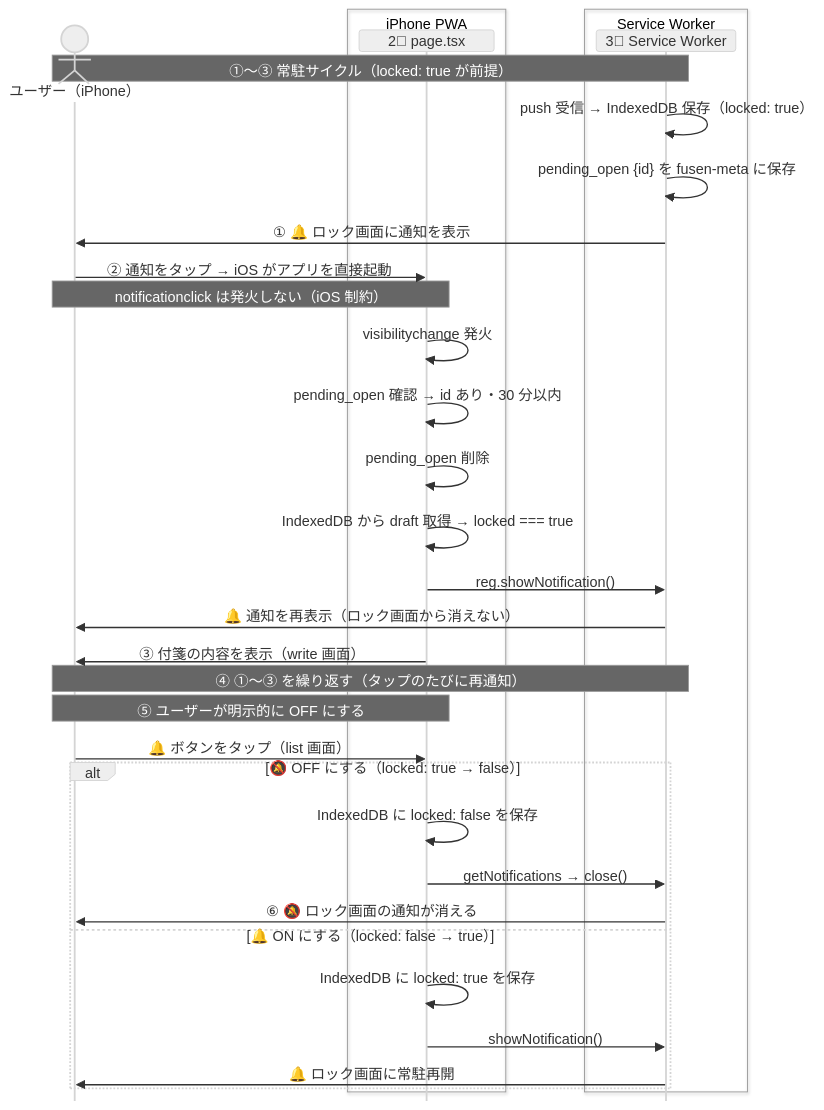
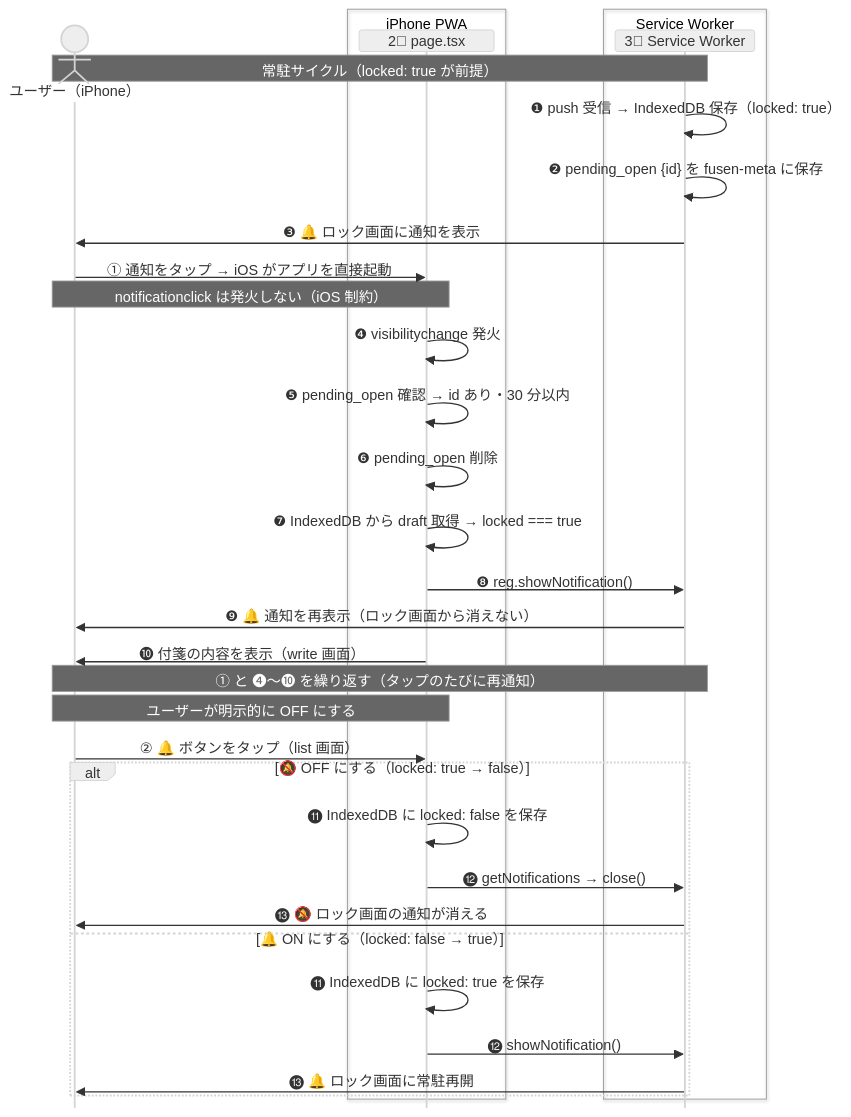
One commit to ore-no-fusen/ore-no-fusen changed the fifth of 6 diagrams in docs-v2/003_IPHONE.md. Above: the diagram before and after it, drawn with Mermaid (neutral theme). The commit also changed other lines of this file and 32 other files, not shown here.

````diff
--- a/docs-v2/003_IPHONE.md
+++ b/docs-v2/003_IPHONE.md
@@ -661,41 +812,41 @@
 ```mermaid
 %%{init: {'sequence': {'messageMargin': 8, 'mirrorActors': false, 'height': 24, 'boxMargin': 4, 'noteMargin': 6}}}%%
 sequenceDiagram
     actor UserPhone as ユーザー（iPhone）
     box iPhone PWA
         participant PWA as 2⃣ page.tsx
     end
     box Service Worker
         participant SW as 3⃣ Service Worker
     end
 
-    Note over SW,UserPhone: ①〜③ 常駐サイクル（locked: true が前提）
+    Note over SW,UserPhone: 常駐サイクル（locked: true が前提）
 
-    SW->>SW: push 受信 → IndexedDB 保存（locked: true）
-    SW->>SW: pending_open {id} を fusen-meta に保存
-    SW->>UserPhone: ① 🔔 ロック画面に通知を表示
+    SW->>SW: ❶ push 受信 → IndexedDB 保存（locked: true）
+    SW->>SW: ❷ pending_open {id} を fusen-meta に保存
+    SW->>UserPhone: ❸ 🔔 ロック画面に通知を表示
 
-    UserPhone->>PWA: ② 通知をタップ → iOS がアプリを直接起動
+    UserPhone->>PWA: ① 通知をタップ → iOS がアプリを直接起動
     Note over UserPhone,PWA: notificationclick は発火しない（iOS 制約）
-    PWA->>PWA: visibilitychange 発火
-    PWA->>PWA: pending_open 確認 → id あり・30 分以内
-    PWA->>PWA: pending_open 削除
-    PWA->>PWA: IndexedDB から draft 取得 → locked === true
-    PWA->>SW: reg.showNotification()
-    SW->>UserPhone: 🔔 通知を再表示（ロック画面から消えない）
-    PWA->>UserPhone: ③ 付箋の内容を表示（write 画面）
+    PWA->>PWA: ❹ visibilitychange 発火
+    PWA->>PWA: ❺ pending_open 確認 → id あり・30 分以内
+    PWA->>PWA: ❻ pending_open 削除
+    PWA->>PWA: ❼ IndexedDB から draft 取得 → locked === true
+    PWA->>SW: ❽ reg.showNotification()
+    SW->>UserPhone: ❾ 🔔 通知を再表示（ロック画面から消えない）
+    PWA->>UserPhone: ❿ 付箋の内容を表示（write 画面）
 
-    Note over SW,UserPhone: ④ ①〜③ を繰り返す（タップのたびに再通知）
+    Note over SW,UserPhone: ① と ❹〜❿ を繰り返す（タップのたびに再通知）
 
-    Note over PWA,UserPhone: ⑤ ユーザーが明示的に OFF にする
-    UserPhone->>PWA: 🔔 ボタンをタップ（list 画面）
+    Note over PWA,UserPhone: ユーザーが明示的に OFF にする
+    UserPhone->>PWA: ② 🔔 ボタンをタップ（list 画面）
     alt 🔕 OFF にする（locked: true → false）
-        PWA->>PWA: IndexedDB に locked: false を保存
-        PWA->>SW: getNotifications → close()
-        SW->>UserPhone: ⑥ 🔕 ロック画面の通知が消える
+        PWA->>PWA: ⓫ IndexedDB に locked: false を保存
+        PWA->>SW: ⓬ getNotifications → close()
+        SW->>UserPhone: ⓭ 🔕 ロック画面の通知が消える
     else 🔔 ON にする（locked: false → true）
-        PWA->>PWA: IndexedDB に locked: true を保存
-        PWA->>SW: showNotification()
-        SW->>UserPhone: 🔔 ロック画面に常駐再開
+        PWA->>PWA: ⓫ IndexedDB に locked: true を保存
+        PWA->>SW: ⓬ showNotification()
+        SW->>UserPhone: ⓭ 🔔 ロック画面に常駐再開
     end
 ```
````
